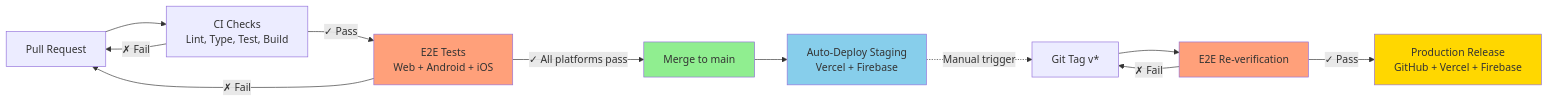
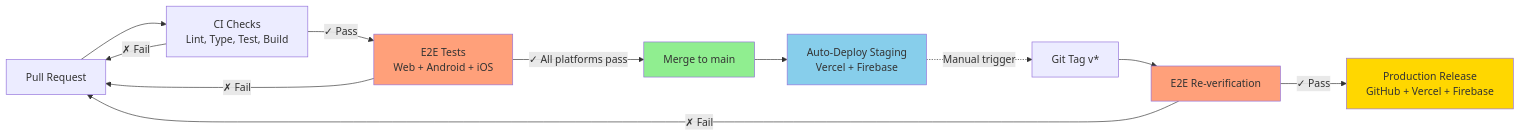
The diagram in README.md (pateatlau/universal-mfe-2026), drawn with Mermaid before and after one commit. The commit also changed other lines of this file and 1 other file, not shown here.

Commit message:
docs: fix deployment and CI/CD inaccuracies per CodeRabbit review
- Fix POC-DEMO-PREPARATION.md Q&A: clarify iOS Sim uses GitHub Releases,
  not Firebase App Distribution (Android uses Firebase App Distribution)
- Fix README Multi-Team Scaling: change "supports" to "is designed to support"
  to accurately reflect these are architectural capabilities, not all fully implemented
- Fix README CI/CD Mermaid: ProdE2E failure should loop to PR (fix required),
  not to Tag (which would just re-tag without fixing the issue)

````diff
--- a/README.md
+++ b/README.md
@@ -175,29 +175,29 @@
 ```mermaid
 flowchart LR
     PR[Pull Request]
     CI[CI Checks<br/>Lint, Type, Test, Build]
     E2E[E2E Tests<br/>Web + Android + iOS]
     Merge[Merge to main]
     Staging[Auto-Deploy Staging<br/>Vercel + Firebase]
     Tag[Git Tag v*]
     ProdE2E[E2E Re-verification]
     Prod[Production Release<br/>GitHub + Vercel + Firebase]
 
     PR --> CI
     CI -->|✓ Pass| E2E
     E2E -->|✓ All platforms pass| Merge
     Merge --> Staging
     Staging -.->|Manual trigger| Tag
     Tag --> ProdE2E
     ProdE2E -->|✓ Pass| Prod
 
     CI -->|✗ Fail| PR
     E2E -->|✗ Fail| PR
-    ProdE2E -->|✗ Fail| Tag
+    ProdE2E -->|✗ Fail| PR
 
     style Merge fill:#90EE90
     style Staging fill:#87CEEB
     style Prod fill:#FFD700
     style E2E fill:#FFA07A
     style ProdE2E fill:#FFA07A
 ```
````
